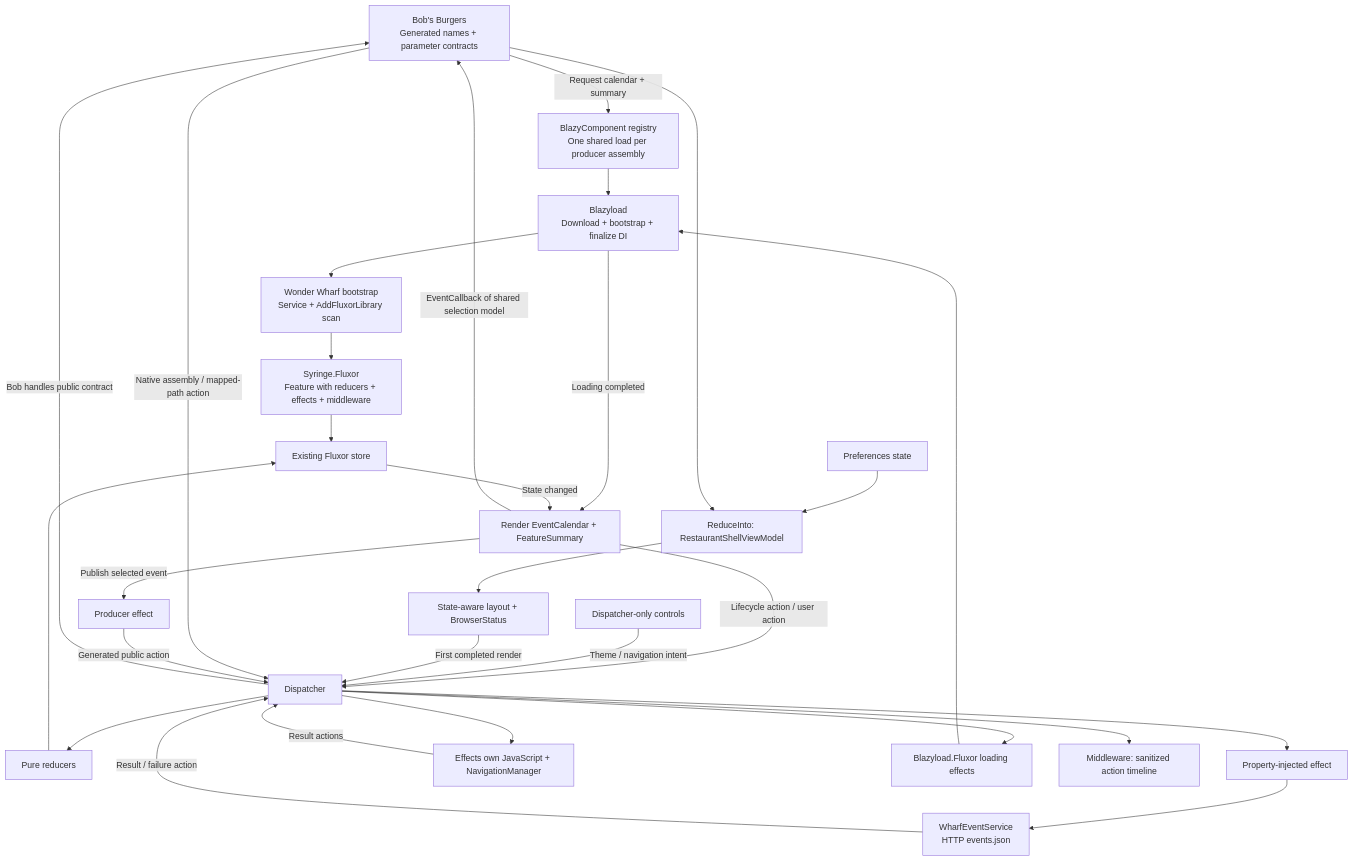
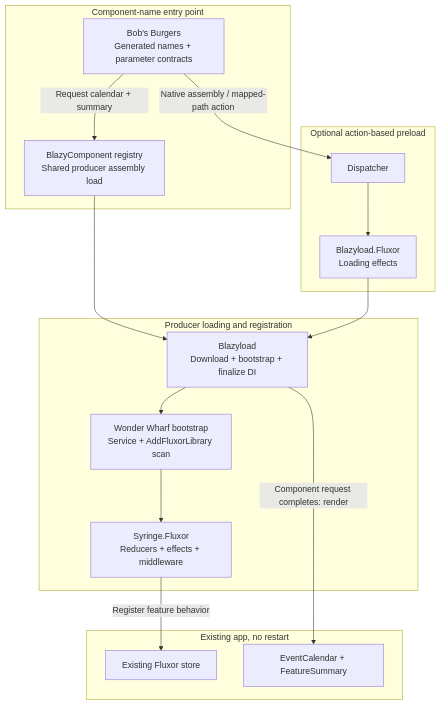
One commit to RonSijm/RonSijm.Blazyload.Components changed the first of 3 diagrams in Examples/Fluxor/README.md. Above: the diagram before and after it, drawn with Mermaid. The commit also changed other lines of this file and 35 other files, not shown here.

````diff
--- a/Examples/Fluxor/README.md
+++ b/Examples/Fluxor/README.md
@@ -63,31 +69,33 @@
 ```mermaid
 flowchart TB
-    bob["Bob's Burgers<br/>Generated names + parameter contracts"] -->|"Request calendar + summary"| components["BlazyComponent registry<br/>One shared load per producer assembly"]
-    components --> loader["Blazyload<br/>Download + bootstrap + finalize DI"]
-    loader --> bootstrap["Wonder Wharf bootstrap<br/>Service + AddFluxorLibrary scan"]
-    bootstrap --> wiring["Syringe.Fluxor<br/>Feature with reducers + effects + middleware"]
-    wiring --> store["Existing Fluxor store"]
-    loader -->|"Loading completed"| ui["Render EventCalendar + FeatureSummary"]
-    ui -->|"Lifecycle action / user action"| dispatcher["Dispatcher"]
-    dispatcher --> reducers["Pure reducers"]
-    dispatcher --> effect["Property-injected effect"]
-    effect --> service["WharfEventService<br/>HTTP events.json"]
-    service -->|"Result / failure action"| dispatcher
-    reducers --> store
-    store -->|"State changed"| ui
-    ui -->|"EventCallback of shared selection model"| bob
-    commands["Dispatcher-only controls"] -->|"Theme / navigation intent"| dispatcher
-    dispatcher --> browser["Effects own JavaScript + NavigationManager"]
-    browser -->|"Result actions"| dispatcher
-    preferences["Preferences state"] --> aggregate["ReduceInto: RestaurantShellViewModel"]
-    bob --> aggregate
-    aggregate --> layout["State-aware layout + BrowserStatus"]
-    layout -->|"First completed render"| dispatcher
+    subgraph component_request["Component-name entry point"]
+        bob["Bob's Burgers<br/>Generated names + parameter contracts"]
+        components["BlazyComponent registry<br/>Shared producer assembly load"]
+        bob -->|"Request calendar + summary"| components
+    end
+
+    subgraph explicit_preload["Optional action-based preload"]
+        dispatcher["Dispatcher"]
+        preload["Blazyload.Fluxor<br/>Loading effects"]
+        dispatcher --> preload
+    end
+
+    subgraph registration["Producer loading and registration"]
+        loader["Blazyload<br/>Download + bootstrap + finalize DI"]
+        bootstrap["Wonder Wharf bootstrap<br/>Service + AddFluxorLibrary scan"]
+        wiring["Syringe.Fluxor<br/>Reducers + effects + middleware"]
+        loader --> bootstrap
+        bootstrap --> wiring
+    end
+
+    subgraph running_app["Existing app, no restart"]
+        store["Existing Fluxor store"]
+        ui["EventCalendar + FeatureSummary"]
+    end
+
+    components --> loader
     bob -->|"Native assembly / mapped-path action"| dispatcher
-    dispatcher --> preload["Blazyload.Fluxor loading effects"]
     preload --> loader
-    ui -->|"Publish selected event"| publiceffect["Producer effect"]
-    publiceffect -->|"Generated public action"| dispatcher
-    dispatcher -->|"Bob handles public contract"| bob
-    dispatcher --> timeline["Middleware: sanitized action timeline"]
+    wiring -->|"Register feature behavior"| store
+    loader -->|"Component request completes: render"| ui
 ```
````
